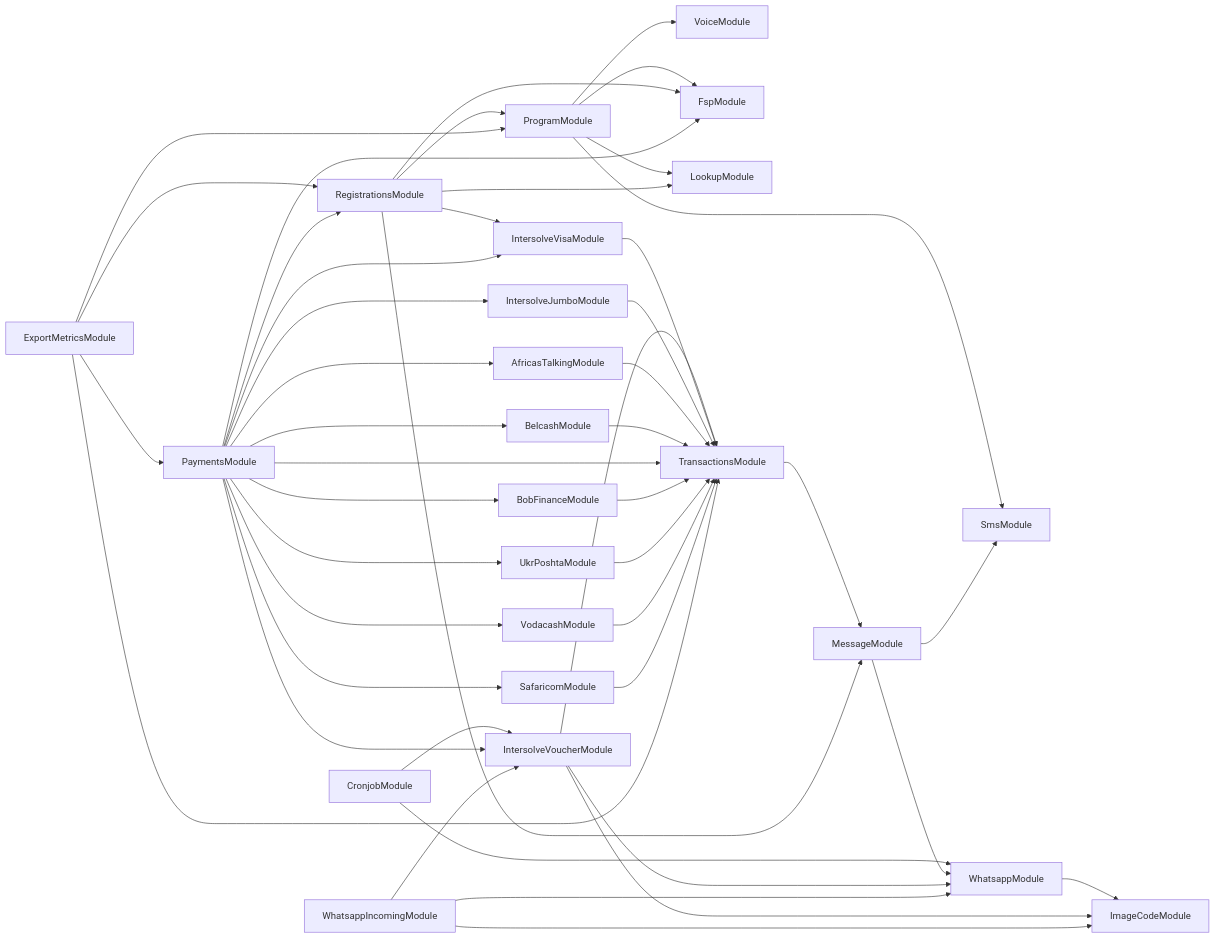
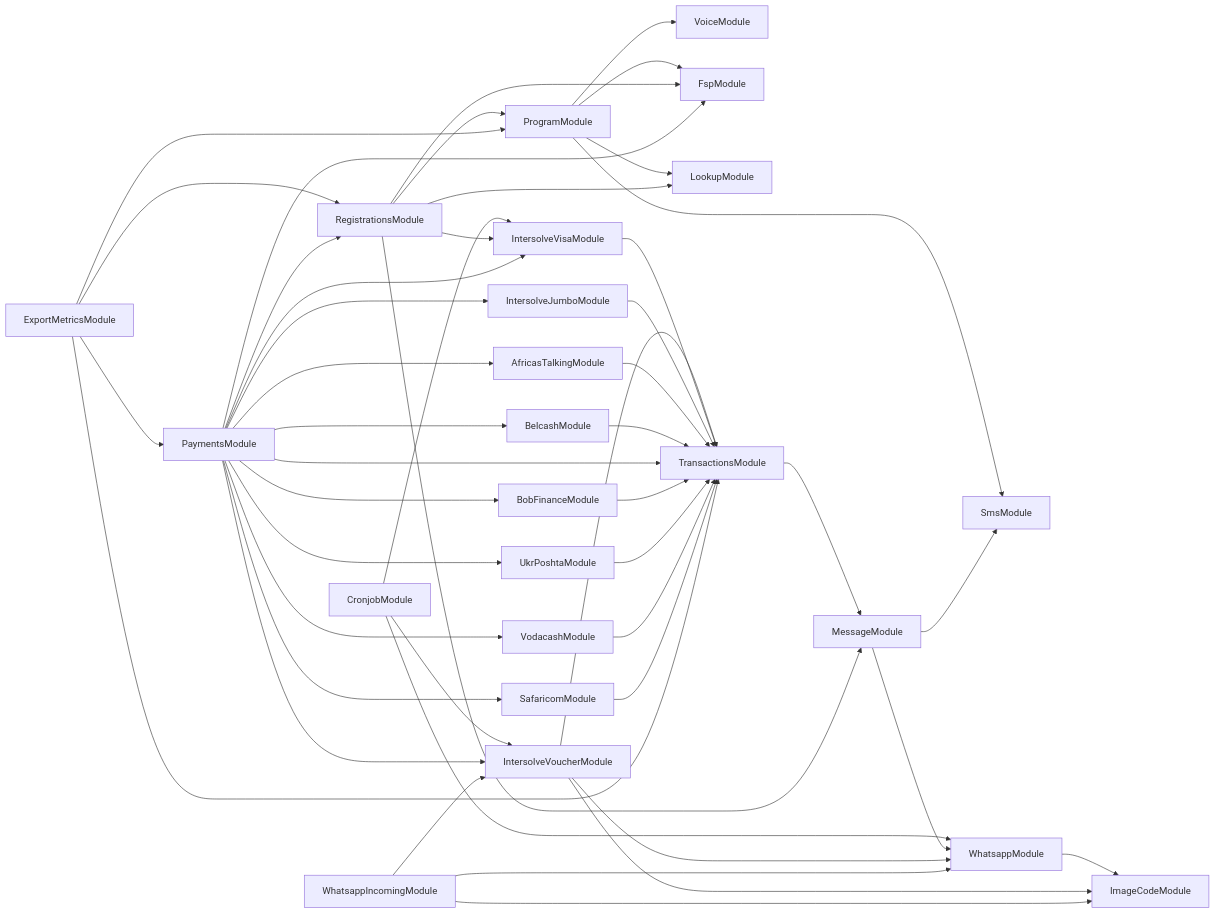
The diagram in services/121-service/module-dependencies.md (global-121/121-platform), drawn with Mermaid before and after one commit. The commit also changed 4 other files, not shown here.

````diff
--- a/services/121-service/module-dependencies.md
+++ b/services/121-service/module-dependencies.md
@@ -3,48 +3,49 @@
 ```mermaid
 graph LR
   ProgramModule-->SmsModule
   ProgramModule-->VoiceModule
   ProgramModule-->FspModule
   ProgramModule-->LookupModule
   CronjobModule-->WhatsappModule
   WhatsappModule-->ImageCodeModule
   CronjobModule-->IntersolveVoucherModule
   IntersolveVoucherModule-->ImageCodeModule
   IntersolveVoucherModule-->TransactionsModule
   TransactionsModule-->MessageModule
   MessageModule-->WhatsappModule
   MessageModule-->SmsModule
   IntersolveVoucherModule-->WhatsappModule
+  CronjobModule-->IntersolveVisaModule
+  IntersolveVisaModule-->TransactionsModule
   RegistrationsModule-->LookupModule
   RegistrationsModule-->ProgramModule
   RegistrationsModule-->FspModule
   RegistrationsModule-->MessageModule
   RegistrationsModule-->IntersolveVisaModule
-  IntersolveVisaModule-->TransactionsModule
   ExportMetricsModule-->ProgramModule
   ExportMetricsModule-->RegistrationsModule
   ExportMetricsModule-->PaymentsModule
   PaymentsModule-->FspModule
   PaymentsModule-->IntersolveVoucherModule
   PaymentsModule-->IntersolveVisaModule
   PaymentsModule-->IntersolveJumboModule
   IntersolveJumboModule-->TransactionsModule
   PaymentsModule-->AfricasTalkingModule
   AfricasTalkingModule-->TransactionsModule
   PaymentsModule-->BelcashModule
   BelcashModule-->TransactionsModule
   PaymentsModule-->TransactionsModule
   PaymentsModule-->BobFinanceModule
   BobFinanceModule-->TransactionsModule
   PaymentsModule-->UkrPoshtaModule
   UkrPoshtaModule-->TransactionsModule
   PaymentsModule-->VodacashModule
   VodacashModule-->TransactionsModule
   PaymentsModule-->SafaricomModule
   SafaricomModule-->TransactionsModule
   PaymentsModule-->RegistrationsModule
   ExportMetricsModule-->TransactionsModule
   WhatsappIncomingModule-->ImageCodeModule
   WhatsappIncomingModule-->IntersolveVoucherModule
   WhatsappIncomingModule-->WhatsappModule
 ```
````
